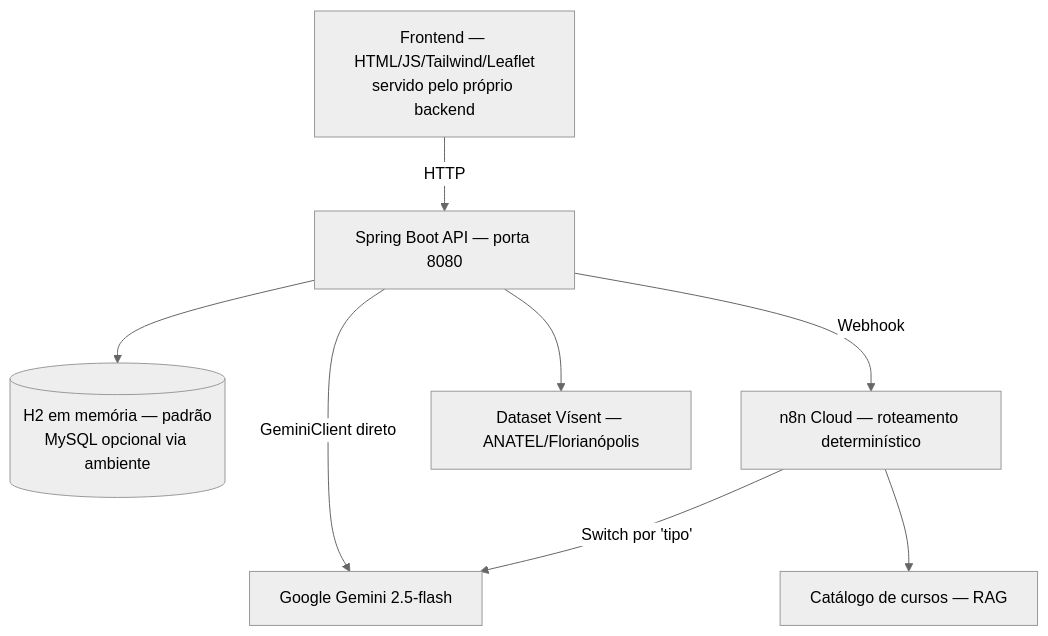
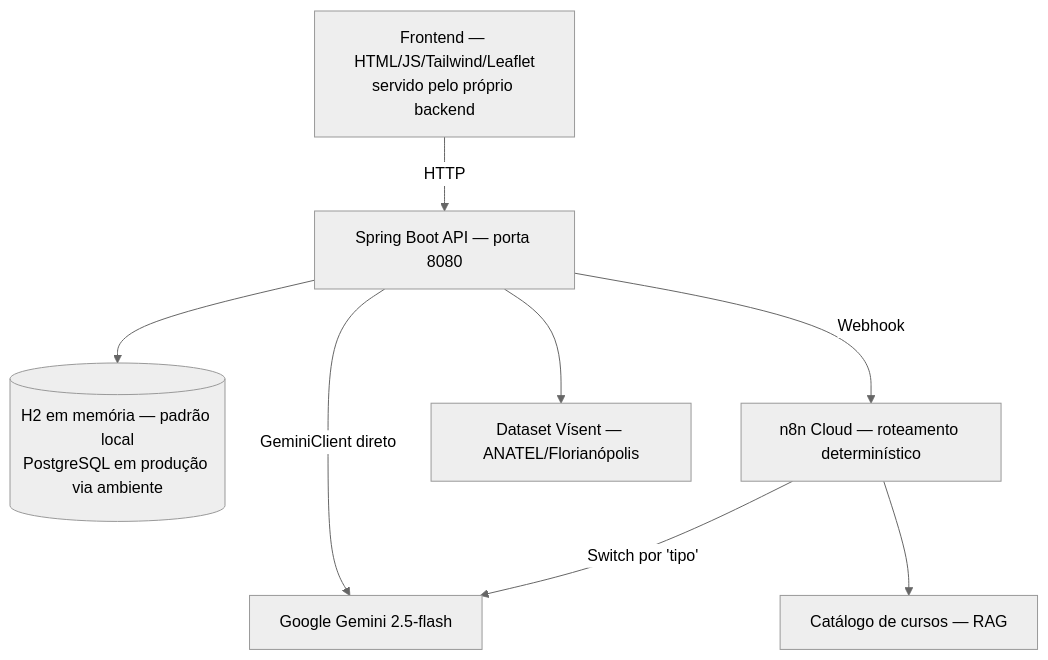
Before and after one commit to No-Country-simulation/S06-26-AB-EQUIPE-68: the second of 2 diagrams in README.md, drawn with Mermaid (neutral theme). The commit also changed other lines of this file, not shown here.

````diff
--- a/README.md
+++ b/README.md
@@ -229,25 +275,25 @@
 ```mermaid
 graph TD
 
 UI[Frontend — HTML/JS/Tailwind/Leaflet<br/>servido pelo próprio backend]
 
 API[Spring Boot API — porta 8080]
 
-DB[(H2 em memória — padrão<br/>MySQL opcional via ambiente)]
+DB[(H2 em memória — padrão local<br/>PostgreSQL em produção via ambiente)]
 
 N8N[n8n Cloud — roteamento determinístico]
 
 AI[Google Gemini 2.5-flash]
 
 RAG[Catálogo de cursos — RAG]
 
 VISENT[Dataset Vísent — ANATEL/Florianópolis]
 
 UI -->|HTTP| API
 API --> DB
 API -->|Webhook| N8N
 N8N -->|Switch por 'tipo'| AI
 N8N --> RAG
 API -->|GeminiClient direto| AI
 API --> VISENT
 ```
````
